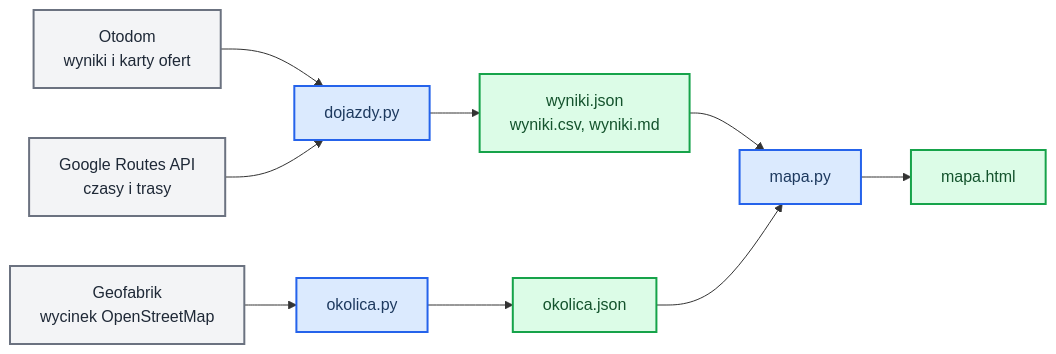
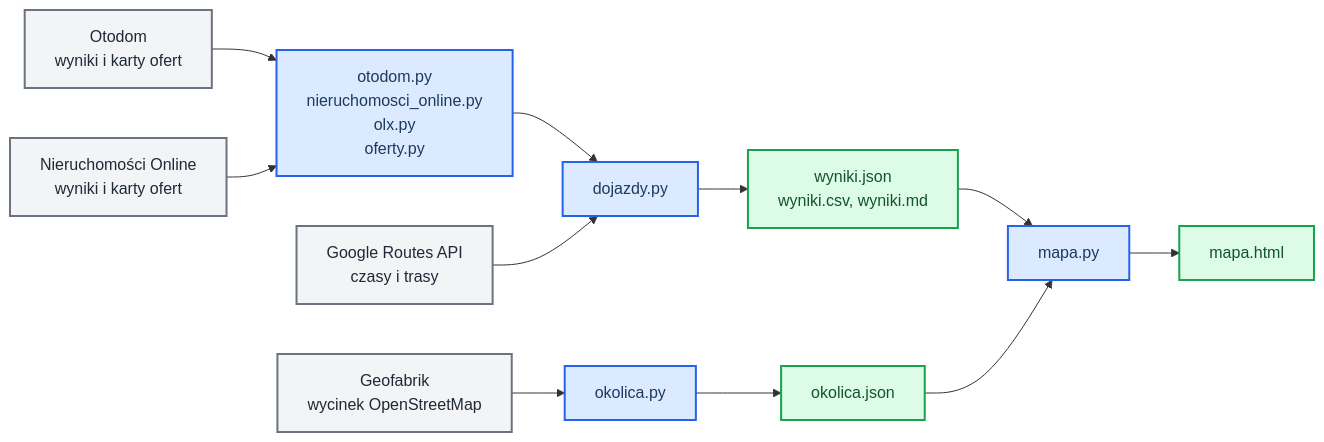
The diagram in README.md (Juzekkk/commute-ranker), drawn with Mermaid before and after one commit. The commit also changed other lines of this file, not shown here.

First line of the commit message:
docs: README opisuje portale, nazwane wyszukiwania i błędy 429

````diff
--- a/README.md
+++ b/README.md
@@ -55,28 +55,32 @@
 ```mermaid
 flowchart LR
     accTitle: Przepływ danych w projekcie
-    accDescr: dojazdy.py łączy oferty z Otodom z czasami i trasami z Google, okolica.py zamienia wycinek OpenStreetMap w okolica.json, a mapa.py składa oba wyniki w stronę mapa.html.
+    accDescr: otodom.py, nieruchomosci_online.py i olx.py pobierają oferty z portali, oferty.py składa je w jedną listę, dojazdy.py łączy ją z czasami i trasami z Google, okolica.py zamienia wycinek OpenStreetMap w okolica.json, a mapa.py składa oba wyniki w stronę mapa.html.
     otodom["Otodom<br/>wyniki i karty ofert"]
+    nol["Nieruchomości Online<br/>wyniki i karty ofert"]
+    portale["otodom.py<br/>nieruchomosci_online.py<br/>olx.py<br/>oferty.py"]
     google["Google Routes API<br/>czasy i trasy"]
     osm["Geofabrik<br/>wycinek OpenStreetMap"]
     dojazdy["dojazdy.py"]
     okolica["okolica.py"]
     mapa["mapa.py"]
     wyniki["wyniki.json<br/>wyniki.csv, wyniki.md"]
     okolica_json["okolica.json"]
     html["mapa.html"]
-    otodom --> dojazdy
+    otodom --> portale
+    nol --> portale
+    portale --> dojazdy
     google --> dojazdy
     dojazdy --> wyniki
     osm --> okolica
     okolica --> okolica_json
     wyniki --> mapa
     okolica_json --> mapa
     mapa --> html
     classDef source fill:#f3f4f6,stroke:#6b7280,stroke-width:2px,color:#1f2937
     classDef script fill:#dbeafe,stroke:#2563eb,stroke-width:2px,color:#1e3a5f
     classDef output fill:#dcfce7,stroke:#16a34a,stroke-width:2px,color:#14532d
-    class otodom,google,osm source
-    class dojazdy,okolica,mapa script
+    class otodom,nol,google,osm source
+    class portale,dojazdy,okolica,mapa script
     class wyniki,okolica_json,html output
 ```
````
